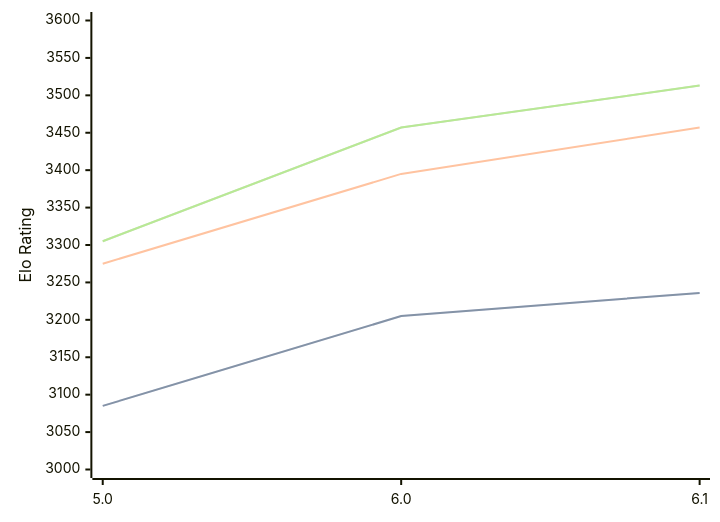
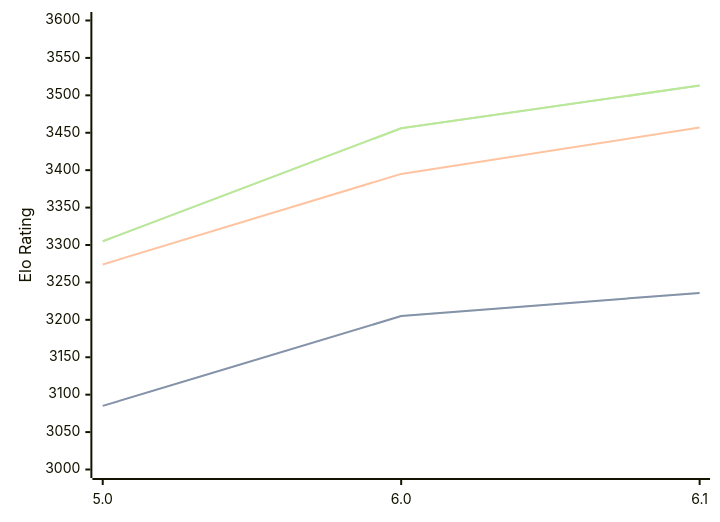
Before and after one commit to computer-chess-index/cci: the diagram in engines/PZChessBot.md, drawn with Mermaid. The commit also changed other lines of this file, not shown here.

Commit message:
Update CCI Ratings (ELO VLTC) - 2026-04-28

````diff
--- a/engines/PZChessBot.md
+++ b/engines/PZChessBot.md
@@ -42,11 +42,11 @@
 ```mermaid
 %%{init: {"theme":"base","themeVariables":{"seriesColors:['#a3a3a3','#222221','#faa371']}}}%%
 xychart-beta
   x-axis ["5.0", "6.0", "6.1"]
   y-axis "Elo Rating" 3000 --> 3600
   line "STC (8.0+0.08s)" [3085, 3205, 3236]
   line "STC (8.0+0.08s)" [3085, 3205, 3236]
-  line "LTC (60.0+0.60s)" [3275, 3395, 3457]
-  line "VLTC (2m24s+1.12s)" [3305, 3457, 3513]
-  line "VLTC (2m24s+1.12s)" [3305, 3457, 3513]
+  line "LTC (60.0+0.60s)" [3274, 3395, 3457]
+  line "VLTC (2m24s+1.12s)" [3305, 3456, 3513]
+  line "VLTC (2m24s+1.12s)" [3305, 3456, 3513]
 ```
````
